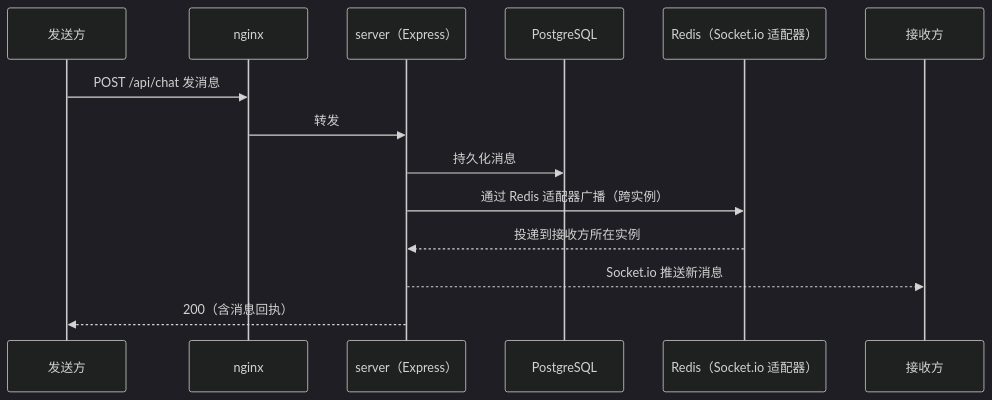
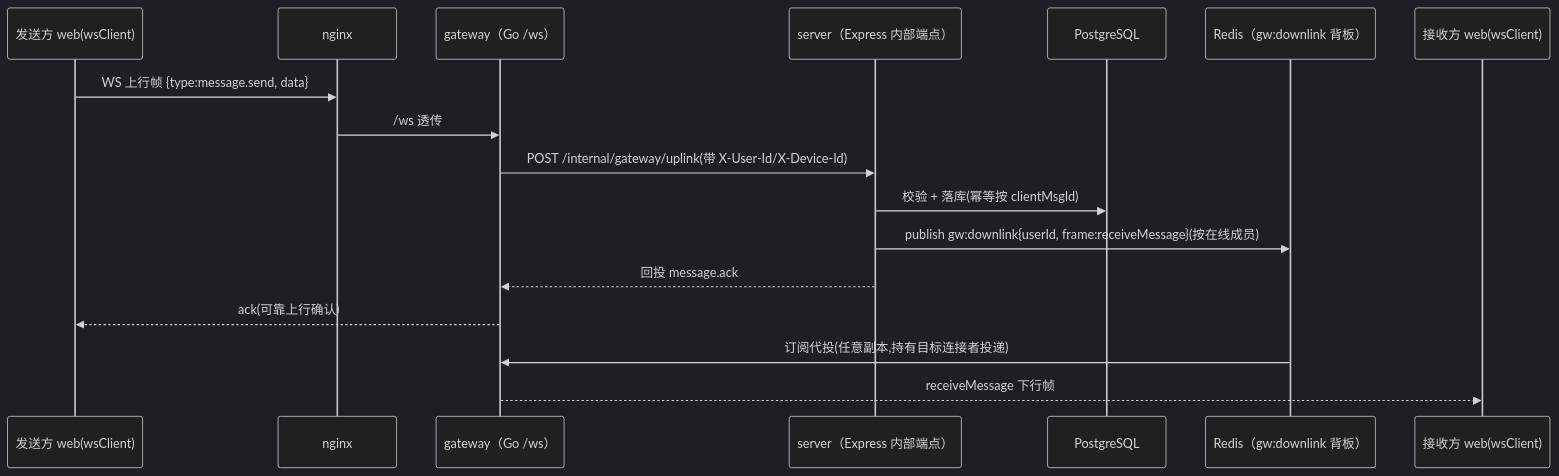
The seventh of 10 diagrams in docs/架构/系统架构图.md (talqora/talqora), drawn with Mermaid (dark theme) before and after one commit. The commit also changed other lines of this file, not shown here.

Commit message:
docs: 架构图同步连接层替换目标态

````diff
--- a/docs/架构/系统架构图.md
+++ b/docs/架构/系统架构图.md
@@ -378,16 +381,19 @@
 ```mermaid
 sequenceDiagram
-    participant A as 发送方
+    participant A as 发送方 web(wsClient)
     participant NG as nginx
-    participant S as server（Express）
+    participant GW as gateway（Go /ws）
+    participant S as server（Express 内部端点）
     participant DB as PostgreSQL
-    participant R as Redis（Socket.io 适配器）
-    participant B as 接收方
-    A->>NG: POST /api/chat 发消息
-    NG->>S: 转发
-    S->>DB: 持久化消息
-    S->>R: 通过 Redis 适配器广播（跨实例）
-    R-->>S: 投递到接收方所在实例
-    S-->>B: Socket.io 推送新消息
-    S-->>A: 200（含消息回执）
+    participant R as Redis（gw:downlink 背板）
+    participant B as 接收方 web(wsClient)
+    A->>NG: WS 上行帧 {type:message.send, data}
+    NG->>GW: /ws 透传
+    GW->>S: POST /internal/gateway/uplink(带 X-User-Id/X-Device-Id)
+    S->>DB: 校验 + 落库(幂等按 clientMsgId)
+    S->>R: publish gw:downlink{userId, frame:receiveMessage}(按在线成员)
+    S-->>GW: 回投 message.ack
+    GW-->>A: ack(可靠上行确认)
+    R->>GW: 订阅代投(任意副本,持有目标连接者投递)
+    GW-->>B: receiveMessage 下行帧
 ```
````
